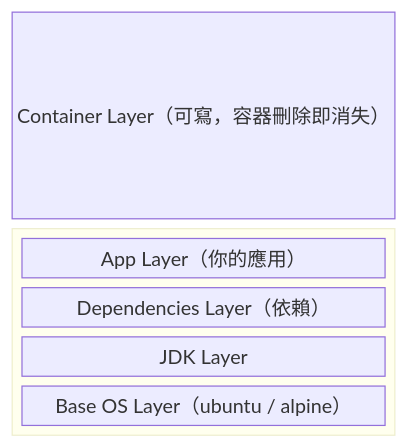
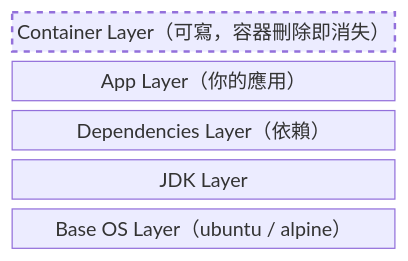
Before and after one commit to AnthonyFuFu/StudyNotes: the third of 4 diagrams in docs/engineering/cicd/docker.md, drawn with Mermaid. The commit also changed other lines of this file and 43 other files, not shown here.

````diff
--- a/docs/engineering/cicd/docker.md
+++ b/docs/engineering/cicd/docker.md
@@ -61,12 +61,11 @@
 ``` mermaid
 block-beta
     columns 1
     CL["Container Layer（可寫，容器刪除即消失）"]
-    block:IMG
-        columns 1
-        APP["App Layer（你的應用）"]
-        DEP["Dependencies Layer（依賴）"]
-        JDK["JDK Layer"]
-        BASE["Base OS Layer（ubuntu / alpine）"]
-    end
+    APP["App Layer（你的應用）"]
+    DEP["Dependencies Layer（依賴）"]
+    JDK["JDK Layer"]
+    BASE["Base OS Layer（ubuntu / alpine）"]
+    classDef rw stroke-dasharray:5 5,stroke-width:2px
+    class CL rw
 ```
````
